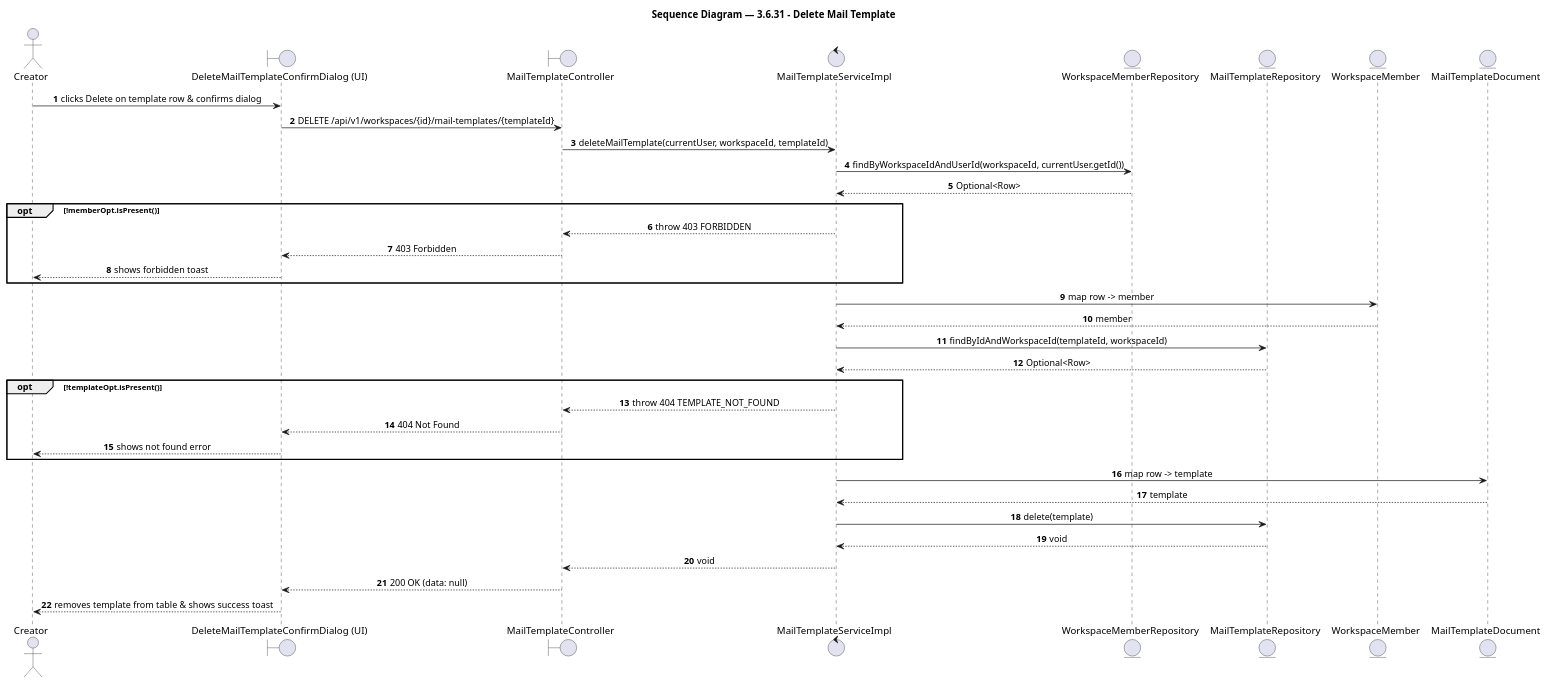
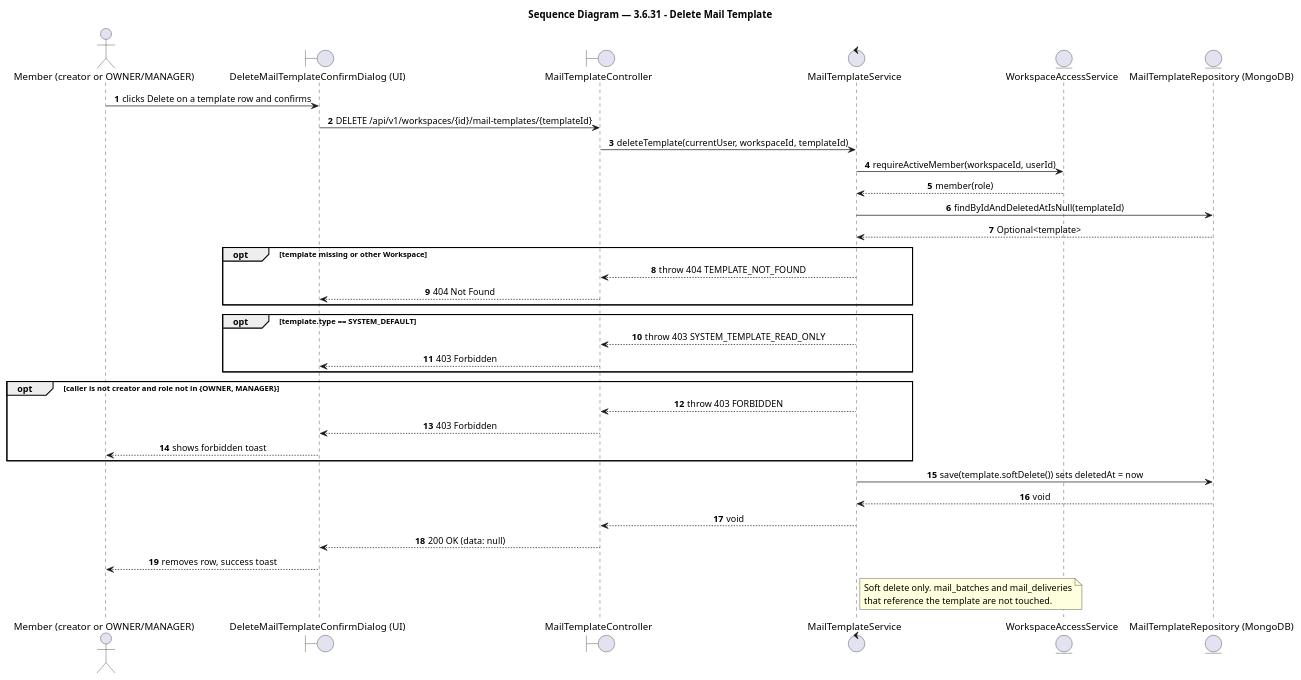
One commit to BrandHubOrganization/brandhub-infrastructure changed the diagram in docs/feature/content-task-workflow/3-6-31-delete-mail-template/report4_sequence.puml. Above: the diagram before and after it, drawn with PlantUML. The commit also changed 12 other files, not shown here.

First line of the commit message:
docs(DA-1002): update mail template report3 specs and sequence diagrams

```diff
--- a/docs/feature/content-task-workflow/3-6-31-delete-mail-template/report4_sequence.puml
+++ b/docs/feature/content-task-workflow/3-6-31-delete-mail-template/report4_sequence.puml
@@ -1,48 +1,49 @@
 @startuml 3.6.31 - Delete Mail Template
 title Sequence Diagram — 3.6.31 - Delete Mail Template
 
 autonumber
 skinparam shadowing false
 skinparam sequenceMessageAlign center
 skinparam BoxPadding 10
 skinparam ParticipantPadding 10
 
 ' === Participants ===
-actor "Creator" as creator
-boundary "DeleteMailTemplateConfirmDialog (UI)" as deletemailtemplate_ui
-boundary "MailTemplateController" as mailtemplatecontroller
-control "MailTemplateServiceImpl" as mailtemplateserviceimpl
-entity "WorkspaceMemberRepository" as workspacememberrepository
-entity "MailTemplateRepository" as mailtemplaterepository
-entity "WorkspaceMember" as workspacemember
-entity "MailTemplateDocument" as mailtemplatedocument
+actor "Member (creator or OWNER/MANAGER)" as member
+boundary "DeleteMailTemplateConfirmDialog (UI)" as ui
+boundary "MailTemplateController" as controller
+control "MailTemplateService" as service
+entity "WorkspaceAccessService" as access
+entity "MailTemplateRepository (MongoDB)" as repo
 
 ' === Flow ===
-creator -> deletemailtemplate_ui: clicks Delete on template row & confirms dialog
-deletemailtemplate_ui -> mailtemplatecontroller: DELETE /api/v1/workspaces/{id}/mail-templates/{templateId}
-mailtemplatecontroller -> mailtemplateserviceimpl: deleteMailTemplate(currentUser, workspaceId, templateId)
-mailtemplateserviceimpl -> workspacememberrepository: findByWorkspaceIdAndUserId(workspaceId, currentUser.getId())
-workspacememberrepository --> mailtemplateserviceimpl: Optional<Row>
-opt !memberOpt.isPresent()
-  mailtemplateserviceimpl --> mailtemplatecontroller: throw 403 FORBIDDEN
-  mailtemplatecontroller --> deletemailtemplate_ui: 403 Forbidden
-  deletemailtemplate_ui --> creator: shows forbidden toast
+member -> ui: clicks Delete on a template row and confirms
+ui -> controller: DELETE /api/v1/workspaces/{id}/mail-templates/{templateId}
+controller -> service: deleteTemplate(currentUser, workspaceId, templateId)
+service -> access: requireActiveMember(workspaceId, userId)
+access --> service: member(role)
+service -> repo: findByIdAndDeletedAtIsNull(templateId)
+repo --> service: Optional<template>
+opt template missing or other Workspace
+  service --> controller: throw 404 TEMPLATE_NOT_FOUND
+  controller --> ui: 404 Not Found
 end
-mailtemplateserviceimpl -> workspacemember: map row -> member
-workspacemember --> mailtemplateserviceimpl: member
-mailtemplateserviceimpl -> mailtemplaterepository: findByIdAndWorkspaceId(templateId, workspaceId)
-mailtemplaterepository --> mailtemplateserviceimpl: Optional<Row>
-opt !templateOpt.isPresent()
-  mailtemplateserviceimpl --> mailtemplatecontroller: throw 404 TEMPLATE_NOT_FOUND
-  mailtemplatecontroller --> deletemailtemplate_ui: 404 Not Found
-  deletemailtemplate_ui --> creator: shows not found error
+opt template.type == SYSTEM_DEFAULT
+  service --> controller: throw 403 SYSTEM_TEMPLATE_READ_ONLY
+  controller --> ui: 403 Forbidden
 end
-mailtemplateserviceimpl -> mailtemplatedocument: map row -> template
-mailtemplatedocument --> mailtemplateserviceimpl: template
-mailtemplateserviceimpl -> mailtemplaterepository: delete(template)
-mailtemplaterepository --> mailtemplateserviceimpl: void
-mailtemplateserviceimpl --> mailtemplatecontroller: void
-mailtemplatecontroller --> deletemailtemplate_ui: 200 OK (data: null)
-deletemailtemplate_ui --> creator: removes template from table & shows success toast
+opt caller is not creator and role not in {OWNER, MANAGER}
+  service --> controller: throw 403 FORBIDDEN
+  controller --> ui: 403 Forbidden
+  ui --> member: shows forbidden toast
+end
+service -> repo: save(template.softDelete()) sets deletedAt = now
+repo --> service: void
+service --> controller: void
+controller --> ui: 200 OK (data: null)
+ui --> member: removes row, success toast
+note right of service
+  Soft delete only. mail_batches and mail_deliveries
+  that reference the template are not touched.
+end note
 
 @enduml
```
